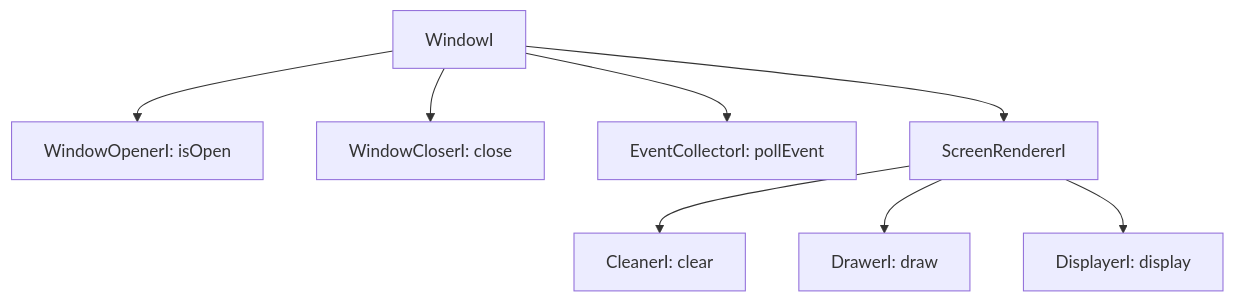
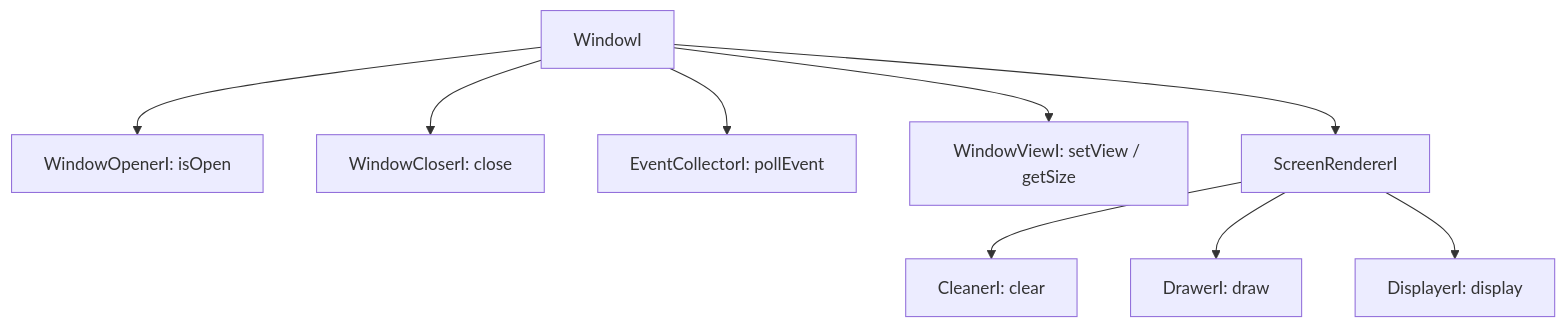
Before and after one commit to kblaszki/business-game: the diagram in docs/reference/interfaces.md, drawn with Mermaid. The commit also changed other lines of this file and 41 other files, not shown here.

````diff
--- a/docs/reference/interfaces.md
+++ b/docs/reference/interfaces.md
@@ -42,10 +45,11 @@
 ```mermaid
 flowchart TD
   WindowI --> WindowOpenerI[WindowOpenerI: isOpen]
   WindowI --> WindowCloserI[WindowCloserI: close]
   WindowI --> EventCollectorI[EventCollectorI: pollEvent]
+  WindowI --> WindowViewI[WindowViewI: setView / getSize]
   WindowI --> ScreenRendererI
   ScreenRendererI --> CleanerI[CleanerI: clear]
   ScreenRendererI --> DrawerI[DrawerI: draw]
   ScreenRendererI --> DisplayerI[DisplayerI: display]
 ```
````
